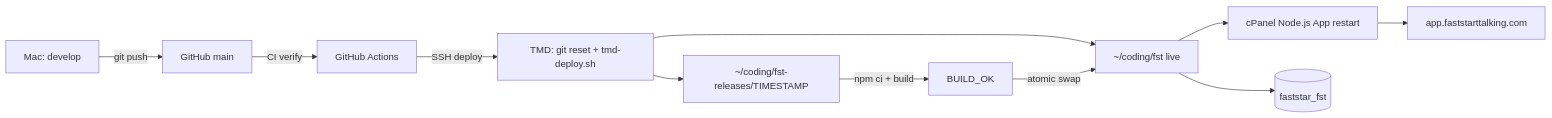
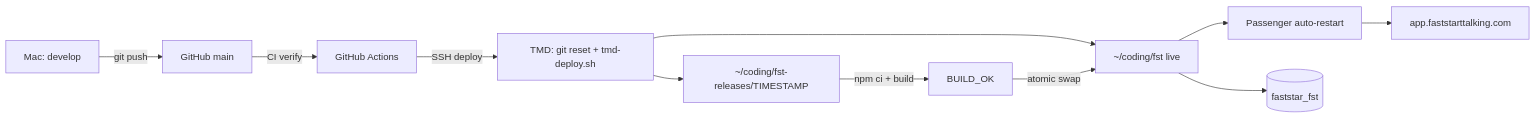
The diagram in docs/TMD_DEPLOY.md (ekddigital/fst), drawn with Mermaid before and after one commit. The commit also changed other lines of this file and 5 other files, not shown here.

First line of the commit message:
Auto-restart Passenger after TMD deploy.

````diff
--- a/docs/TMD_DEPLOY.md
+++ b/docs/TMD_DEPLOY.md
@@ -606,13 +603,13 @@
 ```mermaid
 flowchart LR
   Mac[Mac: develop] -->|git push| GH[GitHub main]
   GH -->|CI verify| Actions[GitHub Actions]
   Actions -->|SSH deploy| TMD[TMD: git reset + tmd-deploy.sh]
   TMD --> Live[~/coding/fst live]
   TMD --> Staging[~/coding/fst-releases/TIMESTAMP]
   Staging -->|npm ci + build| Build[BUILD_OK]
   Build -->|atomic swap| Live
-  Live --> Node[cPanel Node.js App restart]
+  Live --> Node[Passenger auto-restart]
   Node --> Sub[app.faststarttalking.com]
   Live --> PG[(faststar_fst)]
 ```
````
